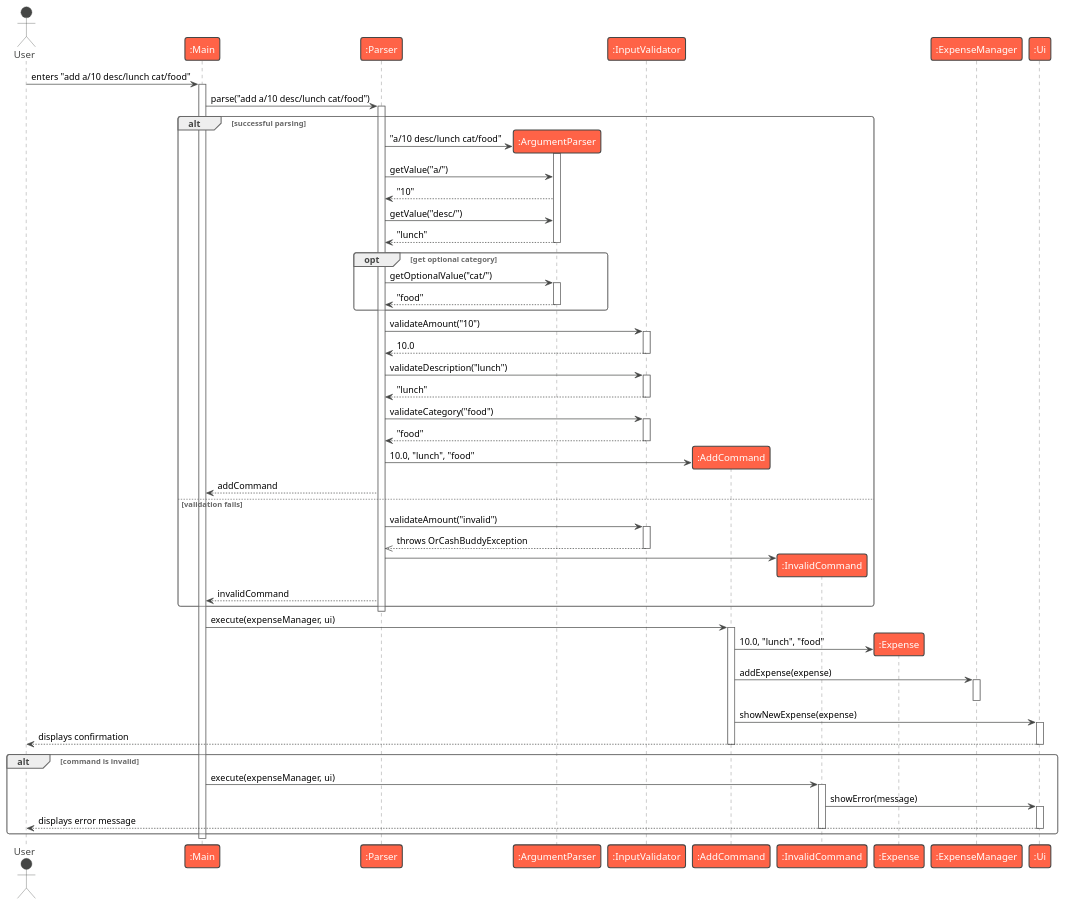
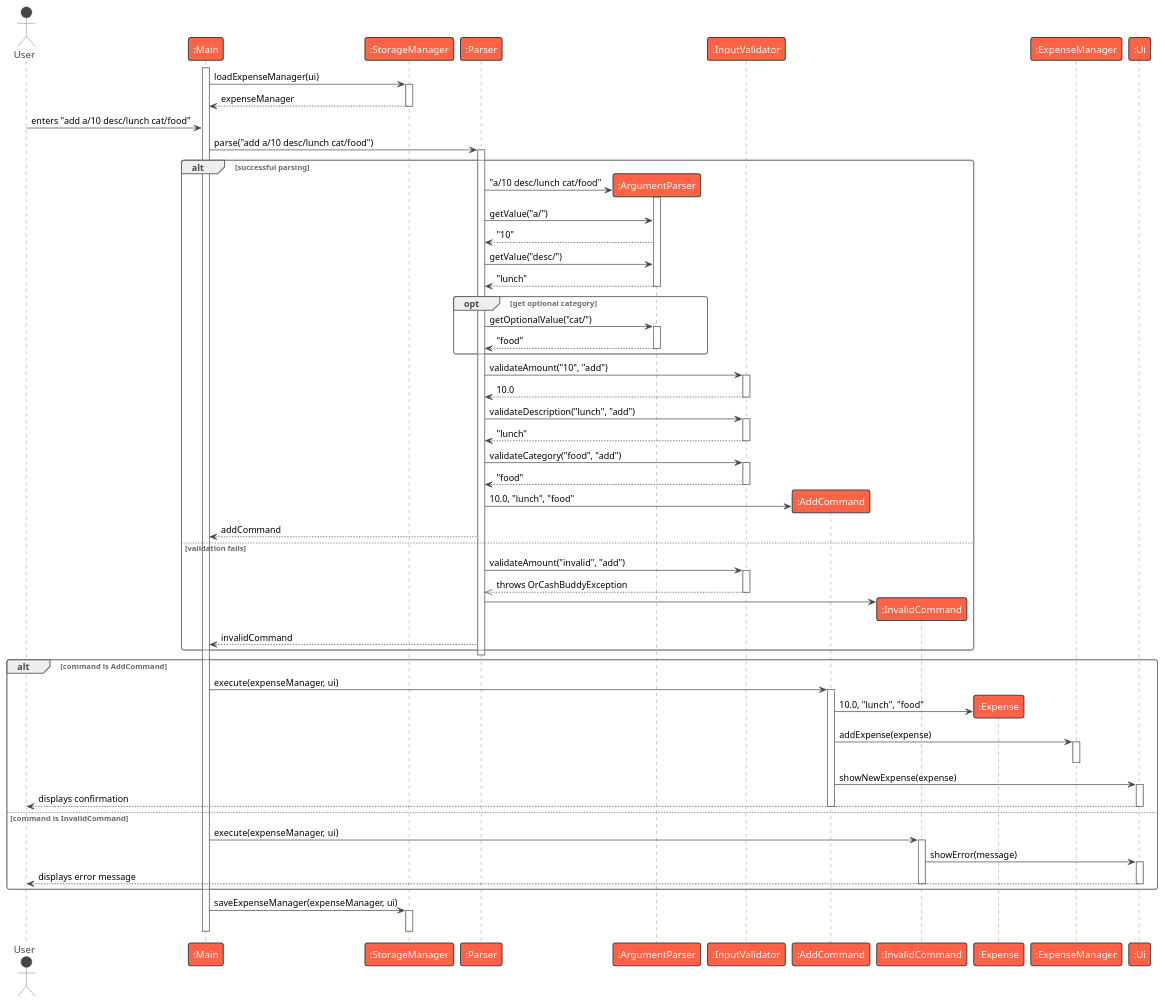
Before and after one commit to aydrienlaw/tp: the diagram in docs/diagrams/add-sequence.puml, drawn with PlantUML. The commit also changed 1 other file, not shown here.

Commit message:
docs: update sequence diagrams to include StorageManager interactions for AddCommand and ByeCommand

```diff
--- a/docs/diagrams/add-sequence.puml
+++ b/docs/diagrams/add-sequence.puml
@@ -1,98 +1,109 @@
 @startuml
 !theme vibrant
 actor User
 participant ":Main" as Main
+participant ":StorageManager" as StorageManager
 participant ":Parser" as Parser
 participant ":ArgumentParser" as ArgumentParser
 participant ":InputValidator" as InputValidator
 participant ":AddCommand" as AddCommand
 participant ":InvalidCommand" as InvalidCommand
 participant ":Expense" as Expense
 participant ":ExpenseManager" as ExpenseManager
 participant ":Ui" as Ui
 
+activate Main
+Main -> StorageManager : loadExpenseManager(ui)
+activate StorageManager
+StorageManager --> Main : expenseManager
+deactivate StorageManager
+
 User -> Main : enters "add a/10 desc/lunch cat/food"
-activate Main
 
 Main -> Parser : parse("add a/10 desc/lunch cat/food")
 activate Parser
 
 alt successful parsing
 
     create ArgumentParser
     Parser -> ArgumentParser : "a/10 desc/lunch cat/food"
     activate ArgumentParser
     Parser -> ArgumentParser : getValue("a/")
     ArgumentParser --> Parser : "10"
     Parser -> ArgumentParser : getValue("desc/")
     ArgumentParser --> Parser : "lunch"
     deactivate ArgumentParser
 
     opt get optional category
         Parser -> ArgumentParser : getOptionalValue("cat/")
         activate ArgumentParser
         ArgumentParser --> Parser : "food"
         deactivate ArgumentParser
     end
 
-    Parser -> InputValidator : validateAmount("10")
+    Parser -> InputValidator : validateAmount("10", "add")
     activate InputValidator
     InputValidator --> Parser : 10.0
     deactivate InputValidator
-    Parser -> InputValidator : validateDescription("lunch")
+    Parser -> InputValidator : validateDescription("lunch", "add")
     activate InputValidator
     InputValidator --> Parser : "lunch"
     deactivate InputValidator
-    Parser -> InputValidator : validateCategory("food")
+    Parser -> InputValidator : validateCategory("food", "add")
     activate InputValidator
     InputValidator --> Parser : "food"
     deactivate InputValidator
 
     create AddCommand
     Parser -> AddCommand : 10.0, "lunch", "food"
     Parser --> Main : addCommand
 
 else validation fails
 
-    Parser -> InputValidator : validateAmount("invalid")
+    Parser -> InputValidator : validateAmount("invalid", "add")
     activate InputValidator
     InputValidator -->> Parser : throws OrCashBuddyException
     deactivate InputValidator
 
     create InvalidCommand
     Parser -> InvalidCommand
     Parser --> Main : invalidCommand
 
 end
 
 deactivate Parser
 
-Main -> AddCommand : execute(expenseManager, ui)
-activate AddCommand
+alt command is AddCommand
+    Main -> AddCommand : execute(expenseManager, ui)
+    activate AddCommand
 
-create Expense
-AddCommand -> Expense : 10.0, "lunch", "food"
+    create Expense
+    AddCommand -> Expense : 10.0, "lunch", "food"
 
-AddCommand -> ExpenseManager : addExpense(expense)
-activate ExpenseManager
-deactivate ExpenseManager
+    AddCommand -> ExpenseManager : addExpense(expense)
+    activate ExpenseManager
+    deactivate ExpenseManager
 
-AddCommand -> Ui : showNewExpense(expense)
-activate Ui
-Ui --> User : displays confirmation
-deactivate Ui
+    AddCommand -> Ui : showNewExpense(expense)
+    activate Ui
+    Ui --> User : displays confirmation
+    deactivate Ui
 
-deactivate AddCommand
+    deactivate AddCommand
 
-alt command is invalid
+else command is InvalidCommand
     Main -> InvalidCommand : execute(expenseManager, ui)
     activate InvalidCommand
     InvalidCommand -> Ui : showError(message)
     activate Ui
     Ui --> User : displays error message
     deactivate Ui
     deactivate InvalidCommand
 end
 
+Main -> StorageManager : saveExpenseManager(expenseManager, ui)
+activate StorageManager
+deactivate StorageManager
+
 deactivate Main
 @enduml
```
